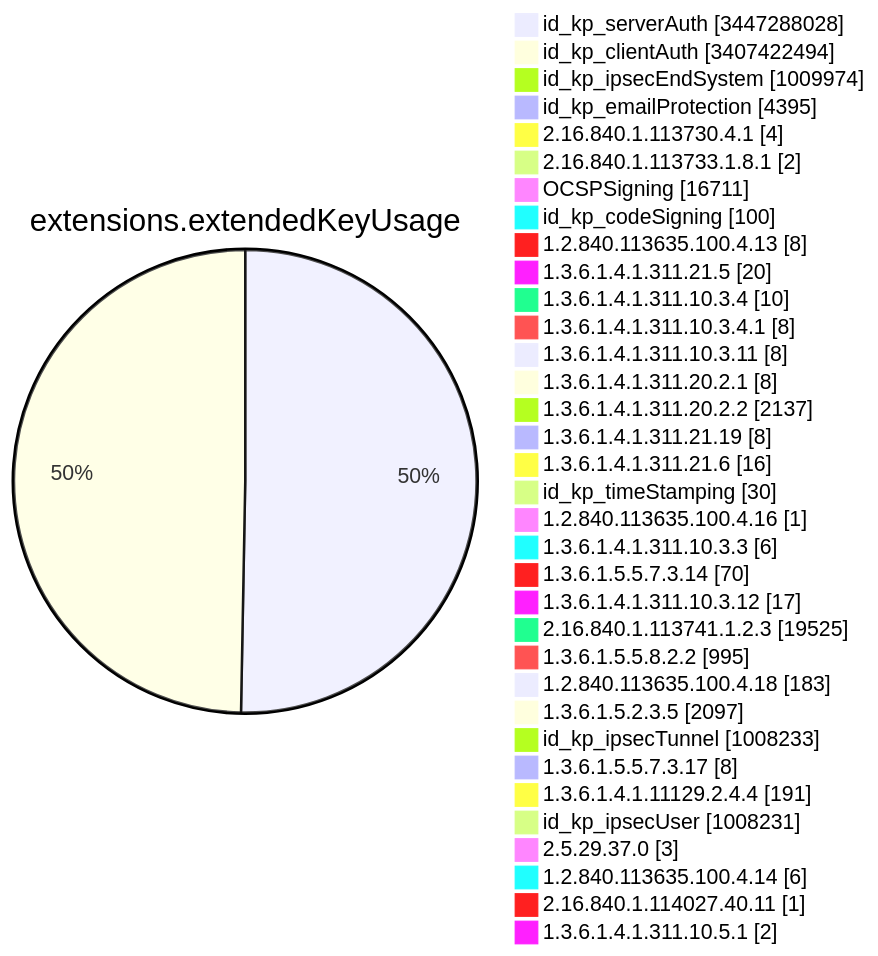
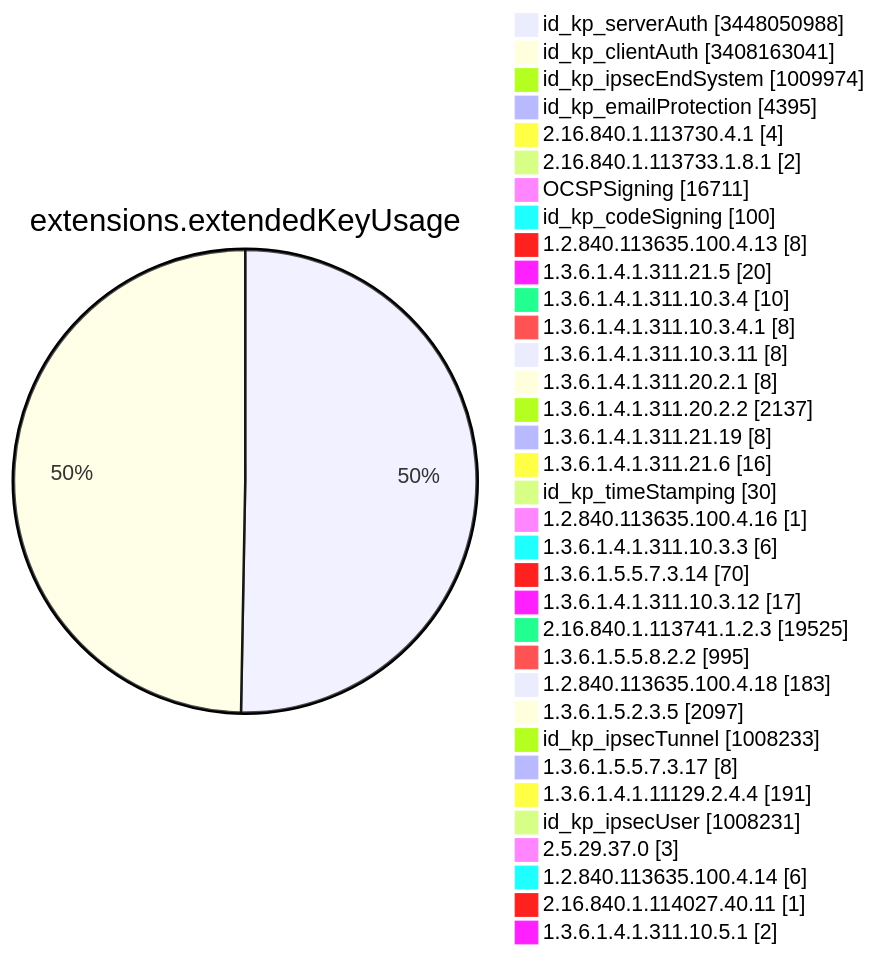
Before and after one commit to christiankrug/ctmonitor_visualization: diagram 11 of 15 in TOTAL/README.md, drawn with Mermaid. The commit also changed other lines of this file, not shown here.

````diff
--- a/TOTAL/README.md
+++ b/TOTAL/README.md
@@ -4123,38 +4123,38 @@
 ```mermaid
 pie showData
 title extensions.extendedKeyUsage
-"id_kp_serverAuth" :3447288028
-"id_kp_clientAuth" :3407422494
+"id_kp_serverAuth" :3448050988
+"id_kp_clientAuth" :3408163041
 "id_kp_ipsecEndSystem" :1009974
 "id_kp_emailProtection" :4395
 "2.16.840.1.113730.4.1" :4
 "2.16.840.1.113733.1.8.1" :2
 "OCSPSigning" :16711
 "id_kp_codeSigning" :100
 "1.2.840.113635.100.4.13" :8
 "1.3.6.1.4.1.311.21.5" :20
 "1.3.6.1.4.1.311.10.3.4" :10
 "1.3.6.1.4.1.311.10.3.4.1" :8
 "1.3.6.1.4.1.311.10.3.11" :8
 "1.3.6.1.4.1.311.20.2.1" :8
 "1.3.6.1.4.1.311.20.2.2" :2137
 "1.3.6.1.4.1.311.21.19" :8
 "1.3.6.1.4.1.311.21.6" :16
 "id_kp_timeStamping" :30
 "1.2.840.113635.100.4.16" :1
 "1.3.6.1.4.1.311.10.3.3" :6
 "1.3.6.1.5.5.7.3.14" :70
 "1.3.6.1.4.1.311.10.3.12" :17
 "2.16.840.1.113741.1.2.3" :19525
 "1.3.6.1.5.5.8.2.2" :995
 "1.2.840.113635.100.4.18" :183
 "1.3.6.1.5.2.3.5" :2097
 "id_kp_ipsecTunnel" :1008233
 "1.3.6.1.5.5.7.3.17" :8
 "1.3.6.1.4.1.11129.2.4.4" :191
 "id_kp_ipsecUser" :1008231
 "2.5.29.37.0" :3
 "1.2.840.113635.100.4.14" :6
 "2.16.840.1.114027.40.11" :1
 "1.3.6.1.4.1.311.10.5.1" :2
 ```
````
